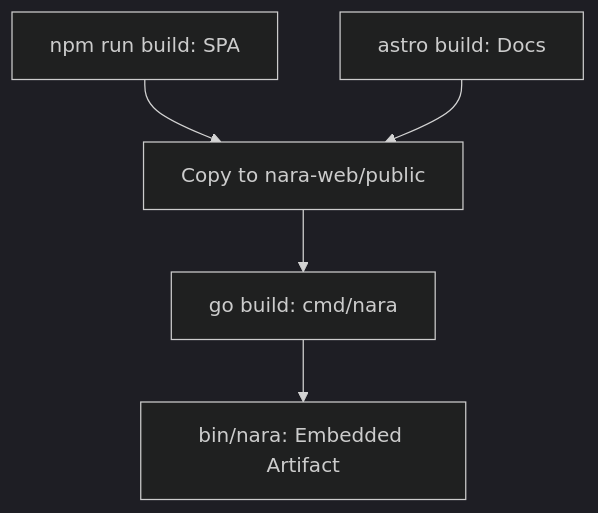
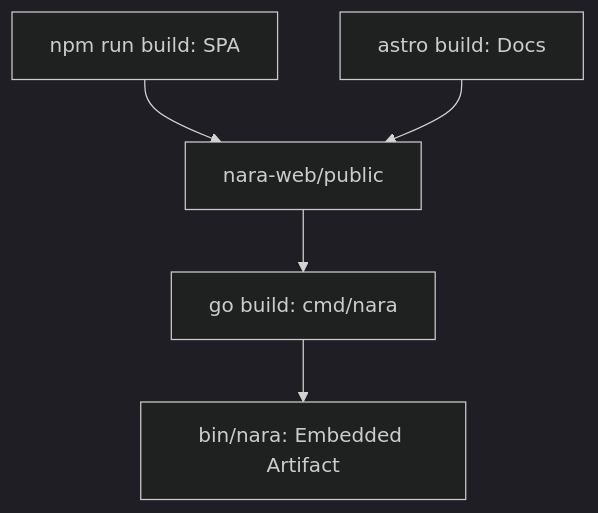
The diagram in docs/src/content/docs/spec/deployment.md (eljojo/nara), drawn with Mermaid (dark theme) before and after one commit. The commit also changed other lines of this file and 25 other files, not shown here.

````diff
--- a/docs/src/content/docs/spec/deployment.md
+++ b/docs/src/content/docs/spec/deployment.md
@@ -23,7 +20,7 @@
 ```mermaid
 graph TD
-    A[npm run build: SPA] --> D[Copy to nara-web/public]
+    A[npm run build: SPA] --> D[nara-web/public]
     B[astro build: Docs] --> D
     D --> E[go build: cmd/nara]
     E --> F[bin/nara: Embedded Artifact]
 ```
````
